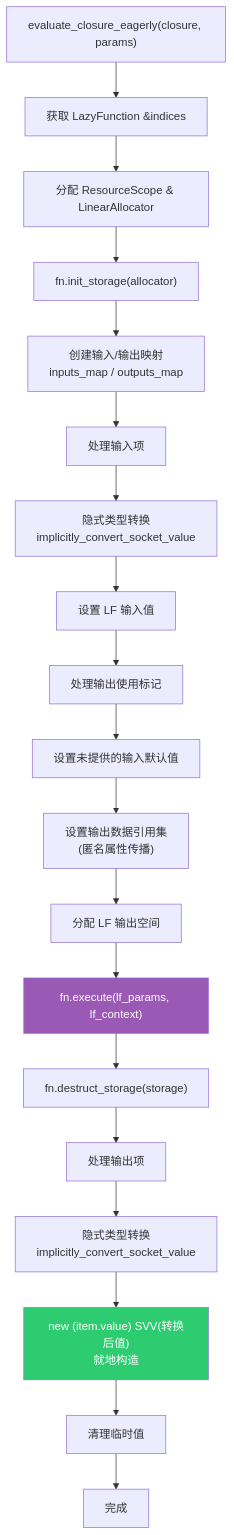
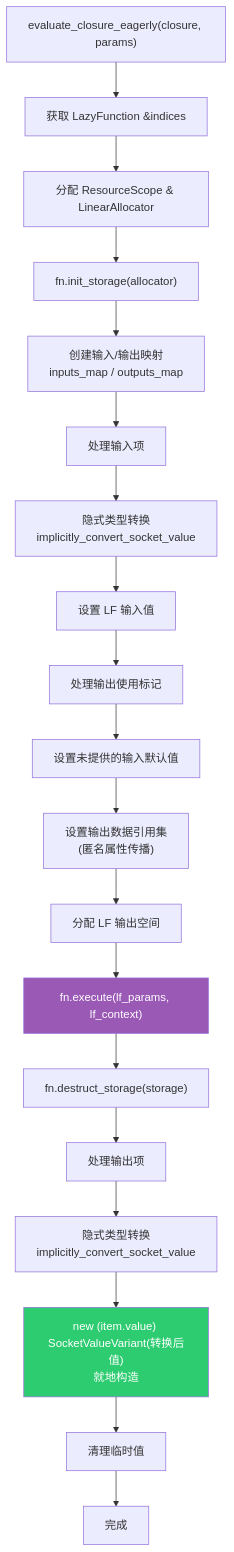
One commit to yunkezengren/blender-.vscode changed diagram 16 of 34 in 杂/markdown/几何节点-列表/09-ClosureToList节点.md. Above: the diagram before and after it, drawn with Mermaid. The commit also changed other lines of this file and 8 other files, not shown here.

````diff
--- a/杂/markdown/几何节点-列表/09-ClosureToList节点.md
+++ b/杂/markdown/几何节点-列表/09-ClosureToList节点.md
@@ -920,28 +920,28 @@
 ```mermaid
 flowchart TD
     Start["evaluate_closure_eagerly(closure, params)"] --> GetFn["获取 LazyFunction &indices"]
     GetFn --> AllocScope["分配 ResourceScope & LinearAllocator"]
     AllocScope --> InitStorage["fn.init_storage(allocator)"]
     InitStorage --> CreateMap["创建输入/输出映射<br/>inputs_map / outputs_map"]
 
     CreateMap --> ProcessInputs["处理输入项"]
     ProcessInputs --> ConvertInput["隐式类型转换<br/>implicitly_convert_socket_value"]
     ConvertInput --> SetLFInputs["设置 LF 输入值"]
 
     SetLFInputs --> ProcessOutputUsages["处理输出使用标记"]
     ProcessOutputUsages --> SetDefaults["设置未提供的输入默认值"]
     SetDefaults --> SetOutputRefs["设置输出数据引用集<br/>(匿名属性传播)"]
 
     SetOutputRefs --> AllocateOutputs["分配 LF 输出空间"]
     AllocateOutputs --> Execute["fn.execute(lf_params, lf_context)"]
     Execute --> DestructStorage["fn.destruct_storage(storage)"]
 
     DestructStorage --> ProcessOutputs["处理输出项"]
     ProcessOutputs --> ConvertOutput["隐式类型转换<br/>implicitly_convert_socket_value"]
-    ConvertOutput --> WriteResult["new (item.value) SVV(转换后值)<br/>就地构造"]
+    ConvertOutput --> WriteResult["new (item.value) SocketValueVariant(转换后值)<br/>就地构造"]
     WriteResult --> Cleanup["清理临时值"]
     Cleanup --> Done["完成"]
 
     style Execute fill:#9b59b6,color:#fff
     style WriteResult fill:#2ecc71,color:#fff
 ```
````
